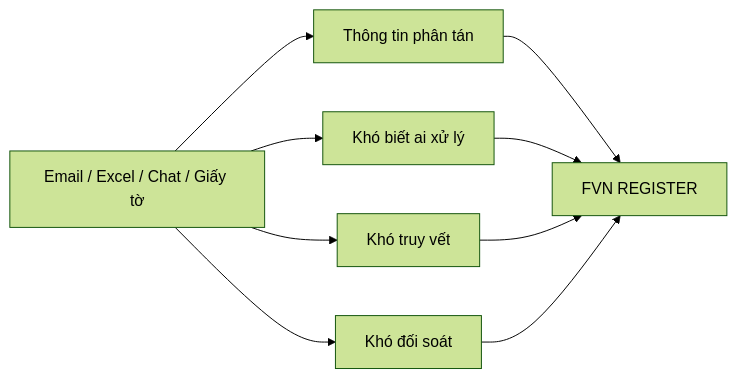
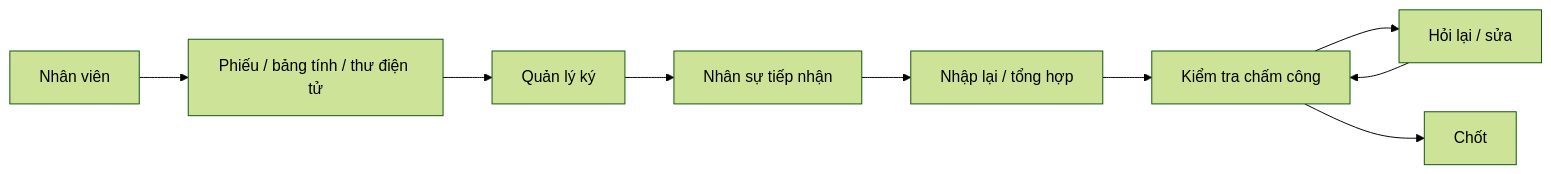
One commit to Nang0559/Reggister changed the first of 15 diagrams in MÔ HÌNH/DOCUMENTATION/07_PRESENTATION.md. Above: the diagram before and after it, drawn with Mermaid (forest theme). The commit also changed other lines of this file and 256 other files, not shown here.

Commit message:
docs: hoàn thiện bài thuyết trình FVN REGISTER

````diff
--- a/MÔ HÌNH/DOCUMENTATION/07_PRESENTATION.md
+++ b/MÔ HÌNH/DOCUMENTATION/07_PRESENTATION.md
@@ -36,11 +120,11 @@
 ```mermaid
 flowchart LR
-    OLD[Email / Excel / Chat / Giấy tờ] --> P1[Thông tin phân tán]
-    OLD --> P2[Khó biết ai xử lý]
-    OLD --> P3[Khó truy vết]
-    OLD --> P4[Khó đối soát]
-    P1 --> FVN[FVN REGISTER]
-    P2 --> FVN
-    P3 --> FVN
-    P4 --> FVN
+    A[Nhân viên] --> B[Phiếu / bảng tính / thư điện tử]
+    B --> C[Quản lý ký]
+    C --> D[Nhân sự tiếp nhận]
+    D --> E[Nhập lại / tổng hợp]
+    E --> F[Kiểm tra chấm công]
+    F --> G[Hỏi lại / sửa]
+    G --> F
+    F --> H[Chốt]
 ```
````
